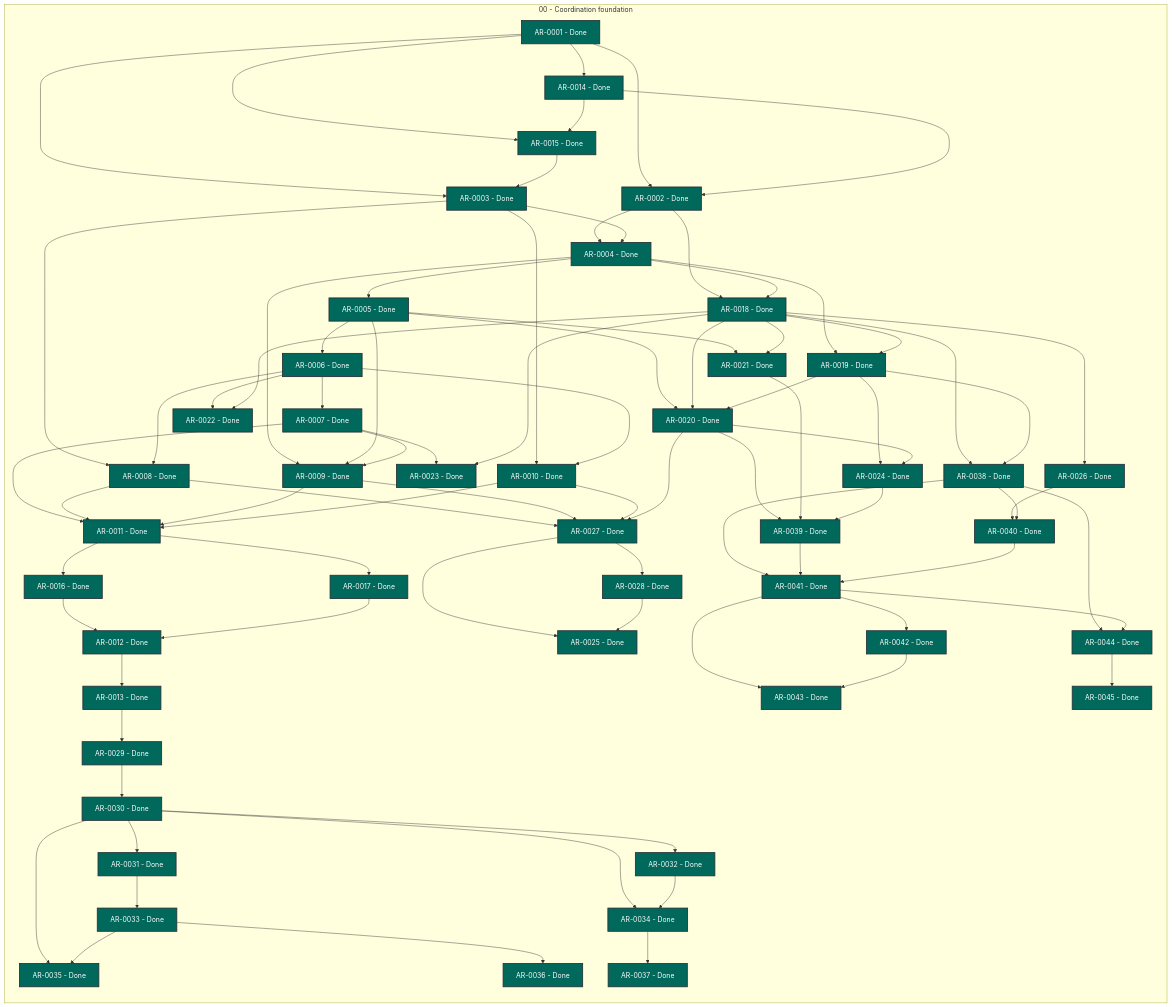
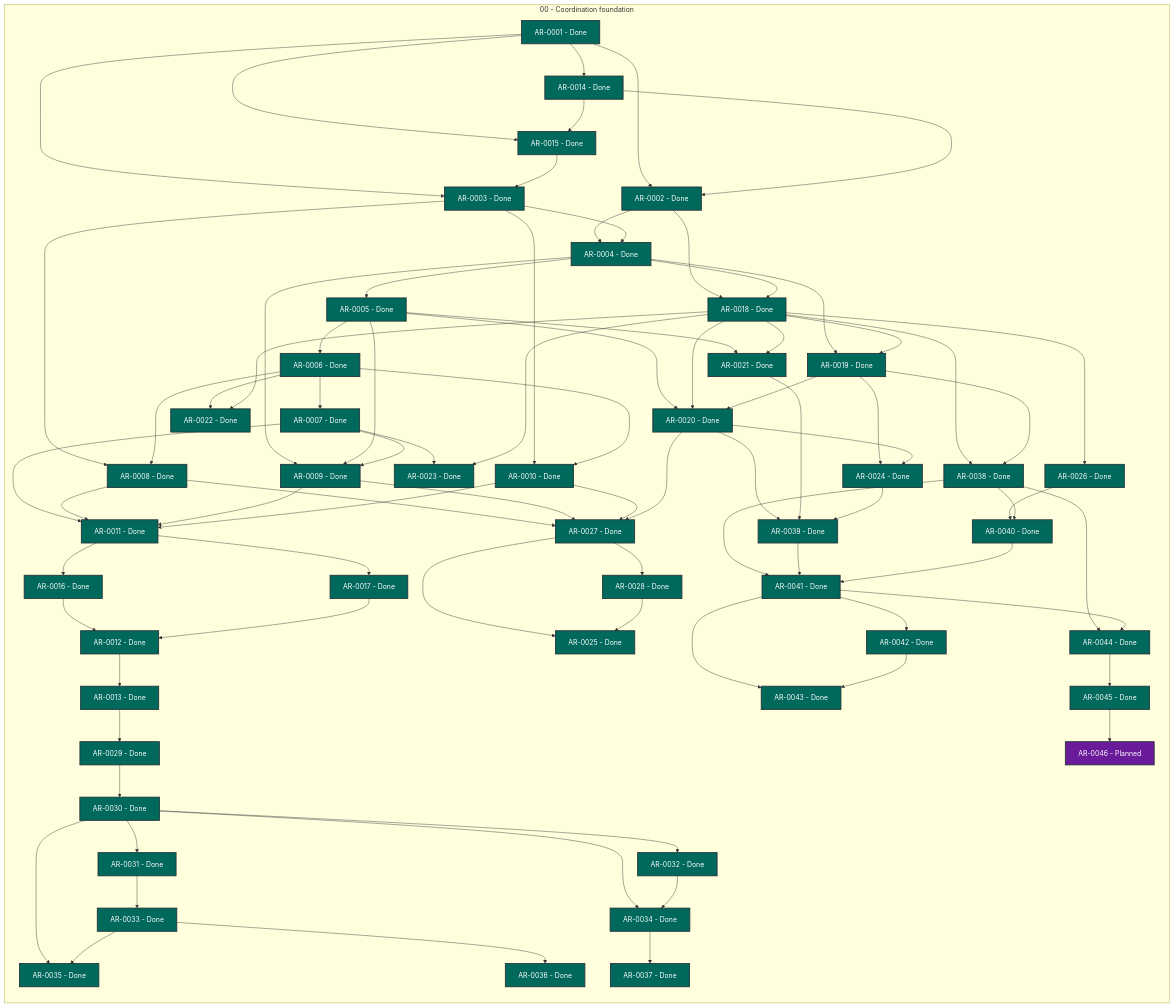
The diagram in STATUS.md (martin-beck/agent-workflow-tui-state), drawn with Mermaid before and after one commit. The commit also changed other lines of this file and 2 other files, not shown here.

```diff
--- a/STATUS.md
+++ b/STATUS.md
@@ -73,6 +73,7 @@
         AR_0043["AR-0043 - Done"]:::status_done
         AR_0044["AR-0044 - Done"]:::status_done
         AR_0045["AR-0045 - Done"]:::status_done
+        AR_0046["AR-0046 - Planned"]:::status_planned
     end
     AR_0001 --> AR_0002
     AR_0001 --> AR_0003
@@ -152,6 +153,7 @@
     AR_0041 --> AR_0044
     AR_0042 --> AR_0043
     AR_0044 --> AR_0045
+    AR_0045 --> AR_0046
     classDef status_in_progress fill:#1565c0,color:#ffffff,stroke:#263238,stroke-width:2px
     classDef status_open fill:#2e7d32,color:#ffffff,stroke:#263238,stroke-width:2px
     classDef status_blocked fill:#c62828,color:#ffffff,stroke:#263238,stroke-width:2px
```
